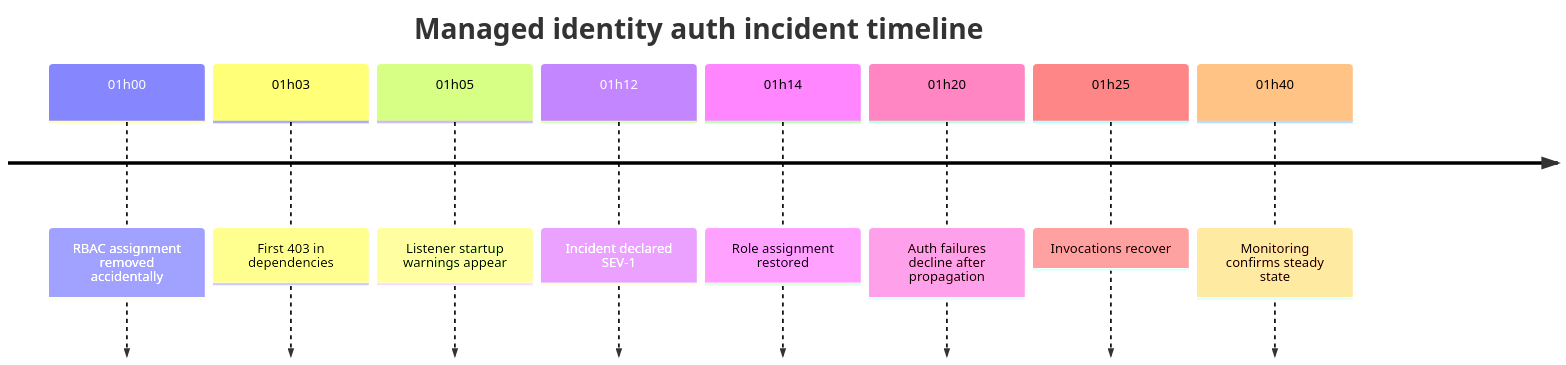
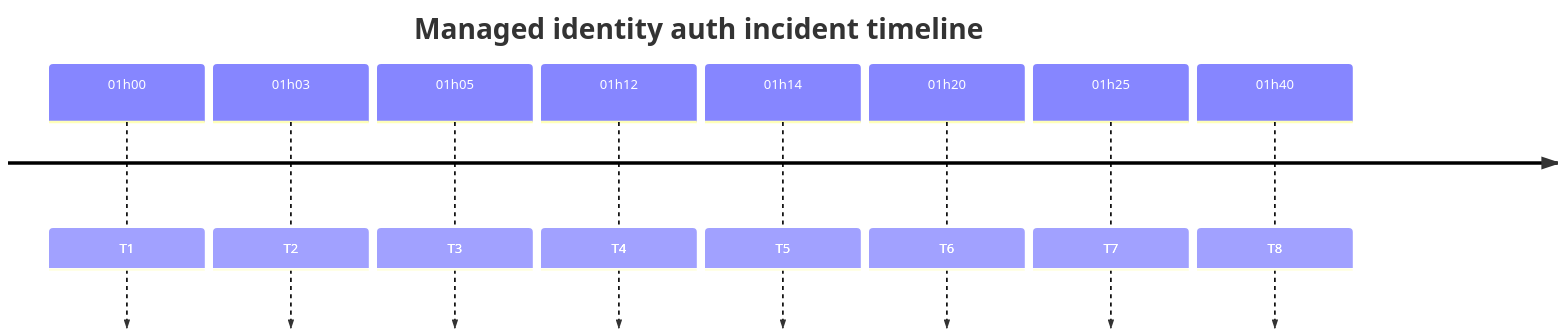
One commit to yeongseon/azure-functions-practical-guide changed the fourth of 4 diagrams in docs/troubleshooting/playbooks/auth-config/managed-identity-rbac-failure.md. Above: the diagram before and after it, drawn with Mermaid. The commit also changed other lines of this file, not shown here.

First line of the commit message:
docs(diagrams): clarify managed identity diagnostic figures

````diff
--- a/docs/troubleshooting/playbooks/auth-config/managed-identity-rbac-failure.md
+++ b/docs/troubleshooting/playbooks/auth-config/managed-identity-rbac-failure.md
@@ -416,12 +476,15 @@
 ```mermaid
+%%{init: {"timeline":{"padding":0,"disableMulticolor":true}}}%%
 timeline
+    accTitle: Managed identity auth incident timeline
+    accDescr: Eight existing scenario periods from 01h00 through 01h40 in their original order. T1 through T8 expand in the adjacent legend; correlation does not recertify an execution or prove causation.
     title Managed identity auth incident timeline
-    01h00 : RBAC assignment removed accidentally
-    01h03 : First 403 in dependencies
-    01h05 : Listener startup warnings appear
-    01h12 : Incident declared SEV-1
-    01h14 : Role assignment restored
-    01h20 : Auth failures decline after propagation
-    01h25 : Invocations recover
-    01h40 : Monitoring confirms steady state
+    01h00 : T1
+    01h03 : T2
+    01h05 : T3
+    01h12 : T4
+    01h14 : T5
+    01h20 : T6
+    01h25 : T7
+    01h40 : T8
 ```
````
